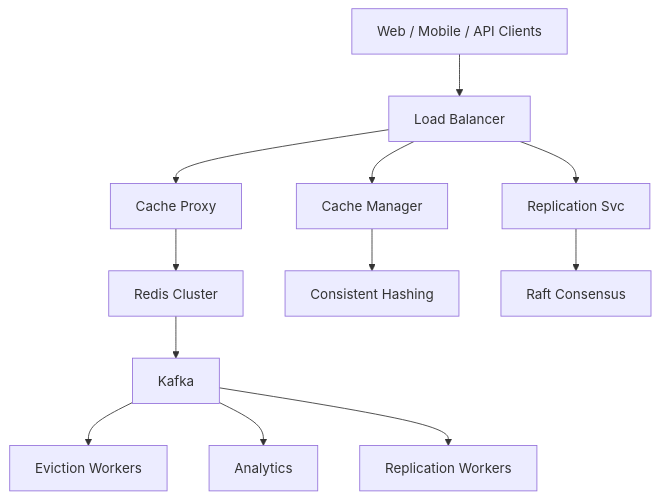
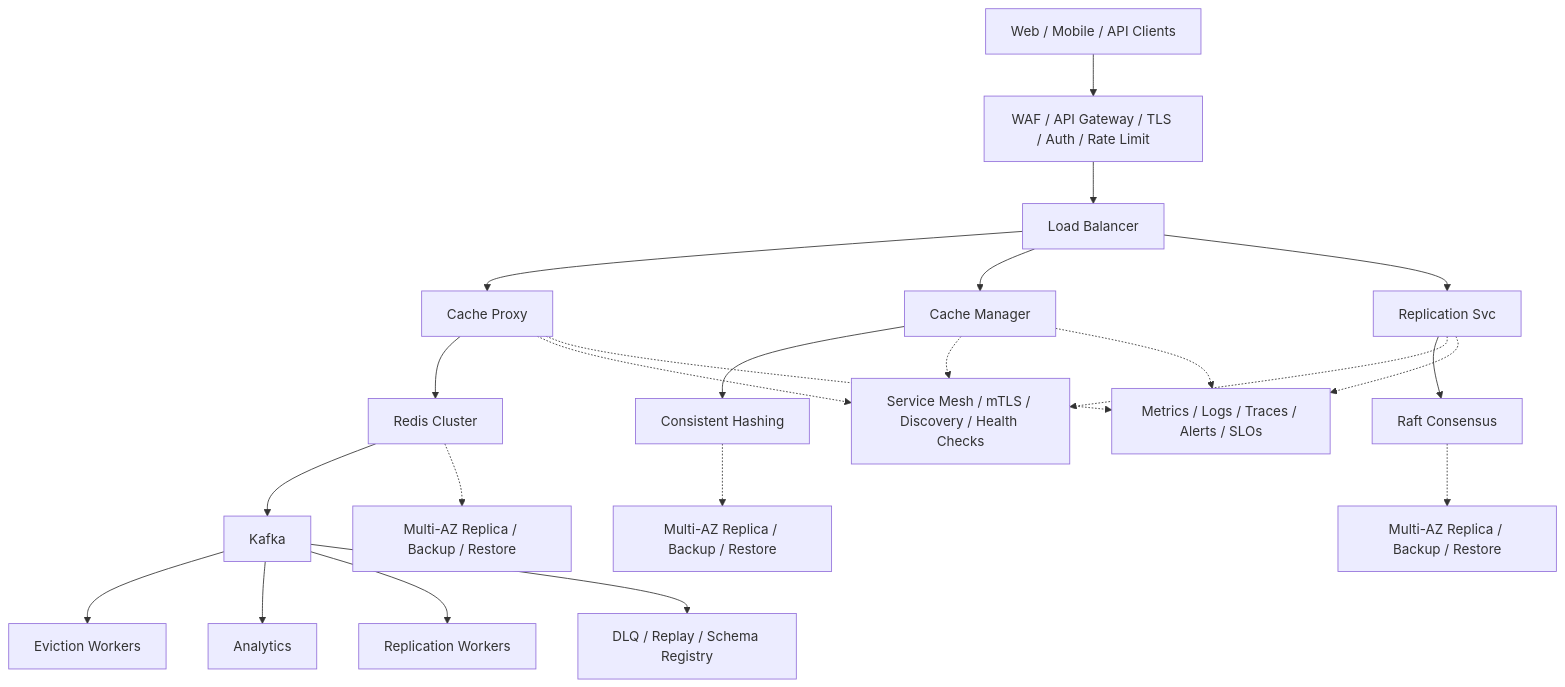
The diagram in system-design-distributed-cache.md (aishwary11/system-design), drawn with Mermaid before and after one commit. The commit also changed 31 other files, not shown here.

Commit message:
Add production-grade architecture details

````diff
--- a/system-design-distributed-cache.md
+++ b/system-design-distributed-cache.md
@@ -39,14 +39,25 @@
 ```mermaid
 flowchart TB
-    clients["Web / Mobile / API Clients"] --> lb["Load Balancer"]
+    clients["Web / Mobile / API Clients"] --> edge["WAF / API Gateway / TLS / Auth / Rate Limit"]
+    edge --> lb["Load Balancer"]
     lb --> svc0["Cache Proxy"]
     lb --> svc1["Cache Manager"]
     lb --> svc2["Replication Svc"]
     svc0 --> store0["Redis Cluster"]
     svc1 --> store1["Consistent Hashing"]
     svc2 --> store2["Raft Consensus"]
     store0 --> stream["Kafka"]
     stream --> worker0["Eviction Workers"]
     stream --> worker1["Analytics"]
     stream --> worker2["Replication Workers"]
+    svc0 -.-> platform["Service Mesh / mTLS / Discovery / Health Checks"]
+    svc1 -.-> platform
+    svc2 -.-> platform
+    store0 -.-> backup0["Multi-AZ Replica / Backup / Restore"]
+    store1 -.-> backup1["Multi-AZ Replica / Backup / Restore"]
+    store2 -.-> backup2["Multi-AZ Replica / Backup / Restore"]
+    stream --> dlq["DLQ / Replay / Schema Registry"]
+    svc0 -.-> ops["Metrics / Logs / Traces / Alerts / SLOs"]
+    svc1 -.-> ops
+    svc2 -.-> ops
 ```
````
